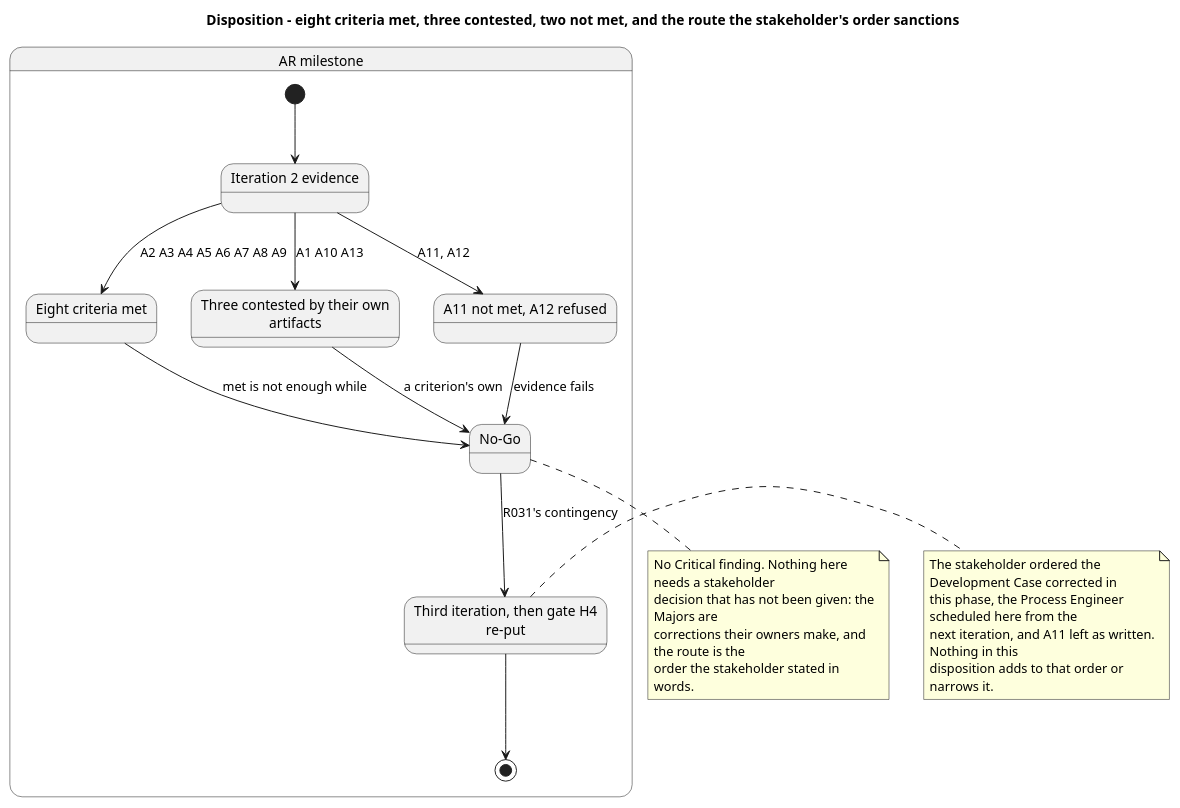
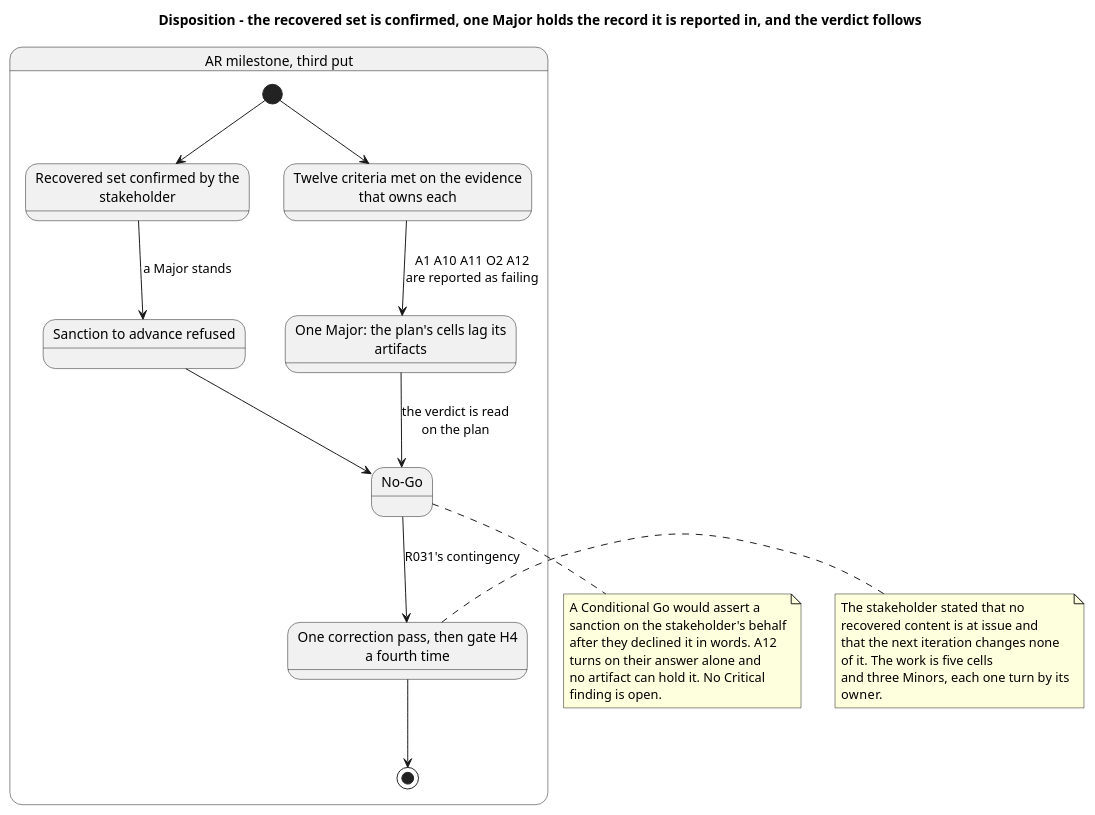
Before and after one commit to banense-test/TodoApp: the tenth of 11 diagrams in docs/artifacts/project-management/review-record.md, drawn with PlantUML. The commit also changed other lines of this file, not shown here.

First line of the commit message:
Management Reviewer [Excavation3]: upsert Review Record

````diff
--- a/docs/artifacts/project-management/review-record.md
+++ b/docs/artifacts/project-management/review-record.md
@@ -1030,43 +1032,41 @@
 ```plantuml
 @startuml
-title Disposition - eight criteria met, three contested, two not met, and the route the stakeholder's order sanctions
+title Disposition - the recovered set is confirmed, one Major holds the record it is reported in, and the verdict follows
 
 skinparam shadowing false
 skinparam classAttributeIconSize 0
-skinparam wrapWidth 230
+skinparam wrapWidth 235
 hide circle
 hide empty members
 
-state "AR milestone" as AR {
-  state "Iteration 2 evidence" as I2
-  state "Eight criteria met" as MET
-  state "Three contested by their own artifacts" as CONT
-  state "A11 not met, A12 refused" as NOT
+state "AR milestone, third put" as AR {
+  state "Recovered set confirmed by the stakeholder" as CONF
+  state "Sanction to advance refused" as REF
+  state "Twelve criteria met on the evidence that owns each" as MET
+  state "One Major: the plan's cells lag its artifacts" as MAJ
   state "No-Go" as NG
-  state "Third iteration, then gate H4 re-put" as ROUTE
+  state "One correction pass, then gate H4 a fourth time" as ROUTE
 
-  [*] --> I2
-  I2 --> MET : A2 A3 A4 A5 A6 A7 A8 A9
-  I2 --> CONT : A1 A10 A13
-  I2 --> NOT : A11, A12
-  MET --> NG : met is not enough while
-  CONT --> NG : a criterion's own
-  NOT --> NG : evidence fails
+  [*] --> CONF
+  [*] --> MET
+  CONF --> REF : a Major stands
+  MET --> MAJ : A1 A10 A11 O2 A12\nare reported as failing
+  REF --> NG
+  MAJ --> NG : the verdict is read\non the plan
   NG --> ROUTE : R031's contingency
   ROUTE --> [*]
 }
 
 note right of ROUTE
-  The stakeholder ordered the Development Case corrected in
-  this phase, the Process Engineer scheduled here from the
-  next iteration, and A11 left as written. Nothing in this
-  disposition adds to that order or narrows it.
+  The stakeholder stated that no recovered content is at issue and
+  that the next iteration changes none of it. The work is five cells
+  and three Minors, each one turn by its owner.
 end note
 note bottom of NG
-  No Critical finding. Nothing here needs a stakeholder
-  decision that has not been given: the Majors are
-  corrections their owners make, and the route is the
-  order the stakeholder stated in words.
+  A Conditional Go would assert a sanction on the stakeholder's behalf
+  after they declined it in words. A12 turns on their answer alone and
+  no artifact can hold it. No Critical finding is open.
 end note
+
 @enduml
 ```
````
